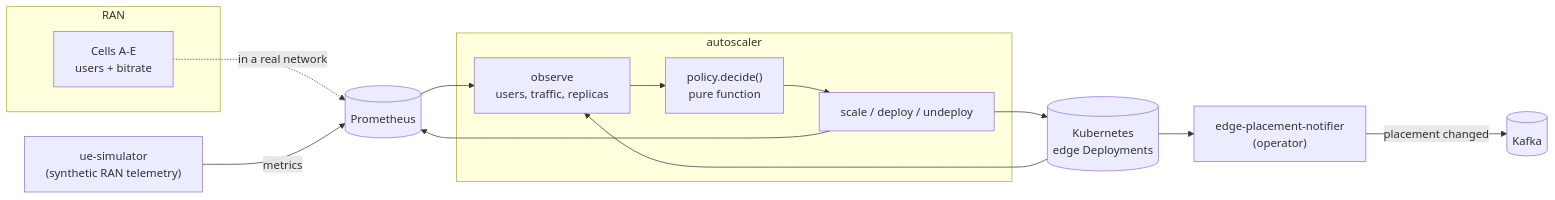
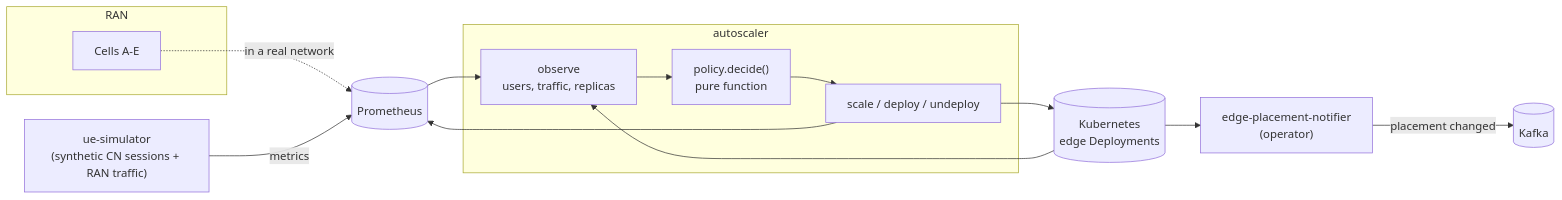
One commit to mdalgitsis/ran-aware-edge-autoscaling changed the diagram in docs/architecture.md. Above: the diagram before and after it, drawn with Mermaid. The commit also changed other lines of this file and 10 other files, not shown here.

````diff
--- a/docs/architecture.md
+++ b/docs/architecture.md
@@ -20,25 +31,25 @@
 ```mermaid
 flowchart LR
     subgraph ran["RAN"]
-        cells["Cells A-E<br/>users + bitrate"]
+        cells["Cells A-E"]
     end
-    sim["ue-simulator<br/>(synthetic RAN telemetry)"]
+    sim["ue-simulator<br/>(synthetic CN sessions + RAN traffic)"]
     prom[("Prometheus")]
     subgraph loop["autoscaler"]
         observe["observe<br/>users, traffic, replicas"]
         policy["policy.decide()<br/>pure function"]
         act["scale / deploy / undeploy"]
         observe --> policy --> act
     end
     k8s[("Kubernetes<br/>edge Deployments")]
     op["edge-placement-notifier<br/>(operator)"]
     kafka[("Kafka")]
 
     cells -.->|in a real network| prom
     sim -->|metrics| prom
     prom --> observe
     k8s --> observe
     act --> k8s
     k8s --> op -->|placement changed| kafka
     act --> prom
 ```
````
